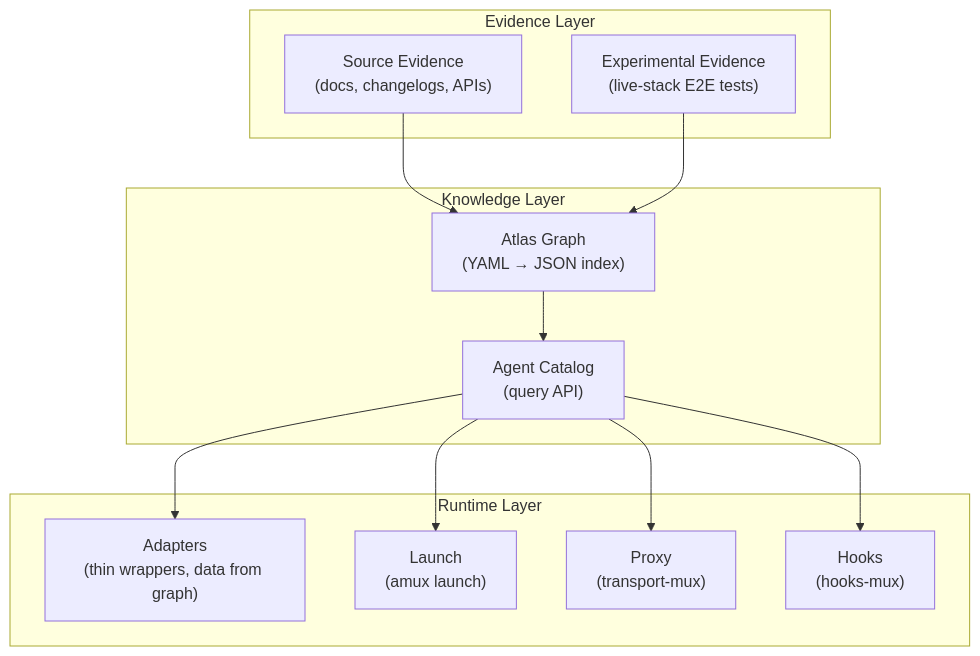
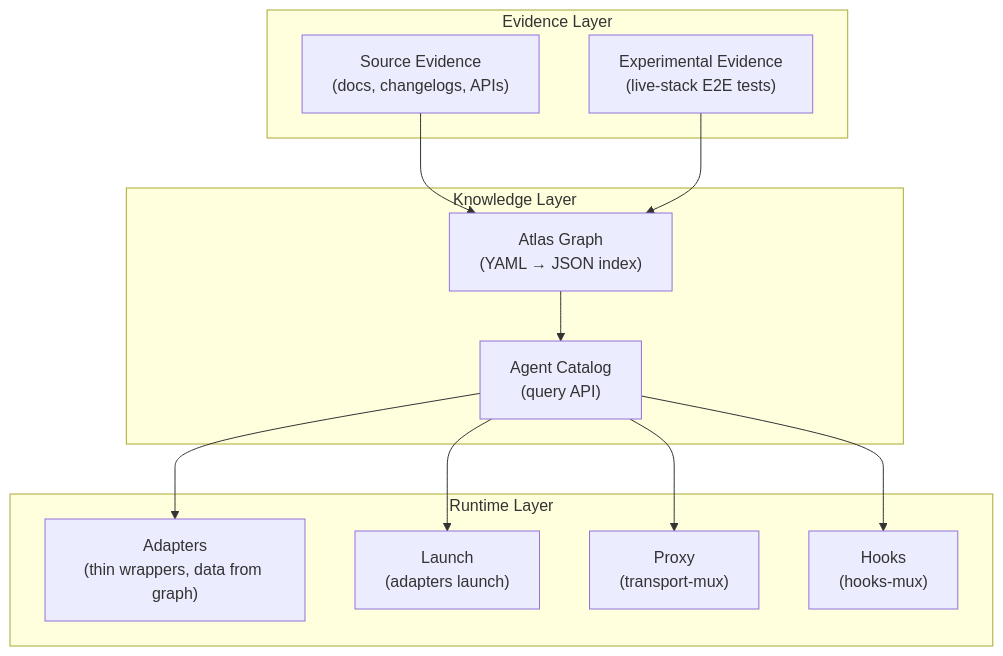
Before and after one commit to a5c-ai/babysitter: the first of 2 diagrams in docs/development/01-overview-and-philosophy.md, drawn with Mermaid. The commit also changed other lines of this file and 875 other files, not shown here.

First line of the commit message:
fix: complete adapter rename — amux→adapters, mux packages→*-adapter

````diff
--- a/docs/development/01-overview-and-philosophy.md
+++ b/docs/development/01-overview-and-philosophy.md
@@ -11,27 +11,27 @@
 ```mermaid
 graph TB
     subgraph "Knowledge Layer"
         ATLAS["Atlas Graph<br/>(YAML → JSON index)"]
         CATALOG["Agent Catalog<br/>(query API)"]
     end
 
     subgraph "Evidence Layer"
         SOURCES["Source Evidence<br/>(docs, changelogs, APIs)"]
         EXPERIMENTS["Experimental Evidence<br/>(live-stack E2E tests)"]
     end
 
     subgraph "Runtime Layer"
         ADAPTERS["Adapters<br/>(thin wrappers, data from graph)"]
-        LAUNCH["Launch<br/>(amux launch)"]
+        LAUNCH["Launch<br/>(adapters launch)"]
         PROXY["Proxy<br/>(transport-mux)"]
         HOOKS["Hooks<br/>(hooks-mux)"]
     end
 
     SOURCES --> ATLAS
     EXPERIMENTS --> ATLAS
     ATLAS --> CATALOG
     CATALOG --> ADAPTERS
     CATALOG --> LAUNCH
     CATALOG --> PROXY
     CATALOG --> HOOKS
 ```
````
